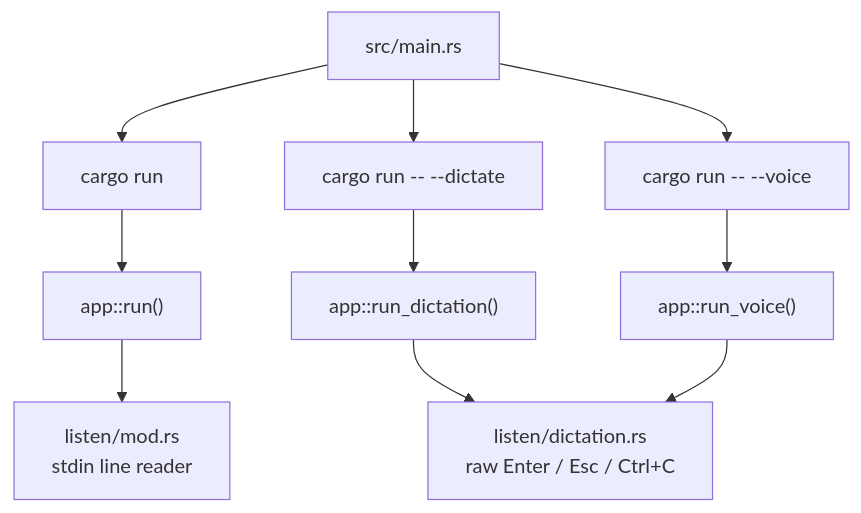
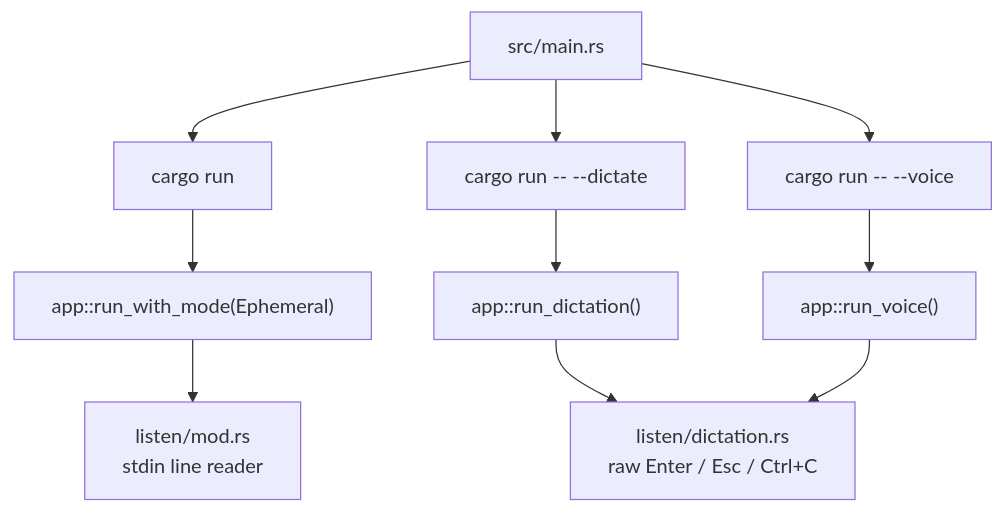
The first of 4 diagrams in README.md (samuelebstein/independence), drawn with Mermaid before and after one commit. The commit also changed other lines of this file and 16 other files, not shown here.

````diff
--- a/README.md
+++ b/README.md
@@ -816,14 +916,14 @@
 ```mermaid
 flowchart TD
     Main[src/main.rs] --> Typed["cargo run"]
     Main --> Dictate["cargo run -- --dictate"]
     Main --> Voice["cargo run -- --voice"]
 
-    Typed --> TypedApp["app::run()"]
+    Typed --> TypedApp["app::run_with_mode(Ephemeral)"]
     Dictate --> DictationApp["app::run_dictation()"]
     Voice --> VoiceApp["app::run_voice()"]
 
     TypedApp --> LineInput["listen/mod.rs\nstdin line reader"]
     DictationApp --> RawInput["listen/dictation.rs\nraw Enter / Esc / Ctrl+C"]
     VoiceApp --> RawInput
 ```
````
